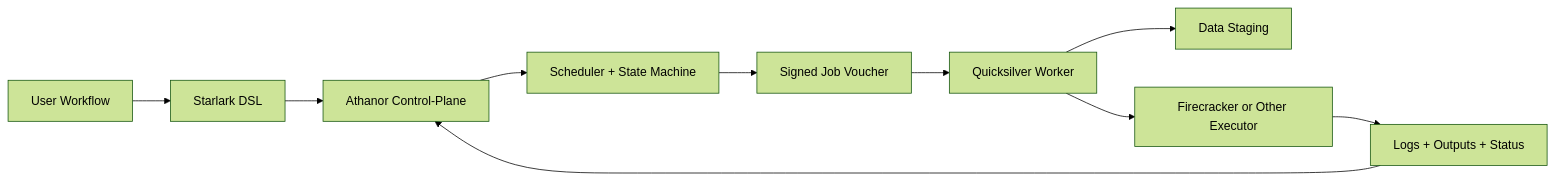
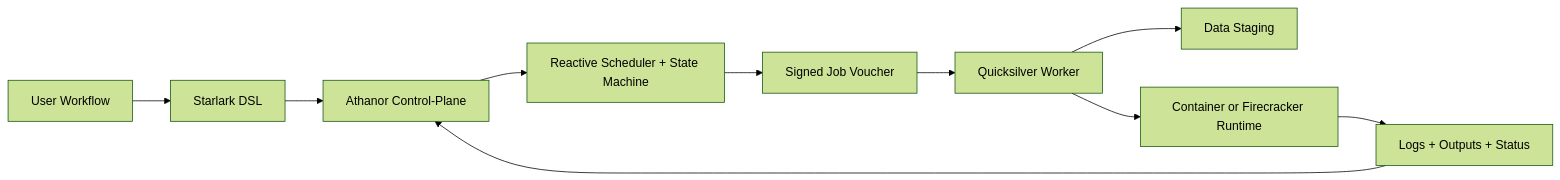
One commit to john-eevee/azoth changed the diagram in README.md. Above: the diagram before and after it, drawn with Mermaid (forest theme). The commit also changed other lines of this file, not shown here.

````diff
--- a/README.md
+++ b/README.md
@@ -20,12 +18,12 @@
 ```mermaid
 flowchart LR
     User[User Workflow] --> DSL[Starlark DSL]
     DSL --> A[Athanor Control-Plane]
-    A --> Scheduler[Scheduler + State Machine]
+    A --> Scheduler[Reactive Scheduler + State Machine]
     Scheduler --> Voucher[Signed Job Voucher]
     Voucher --> Q[Quicksilver Worker]
     Q --> Stage[Data Staging]
-    Q --> Runtime[Firecracker or Other Executor]
+    Q --> Runtime[Container or Firecracker Runtime]
     Runtime --> Results[Logs + Outputs + Status]
     Results --> A
 ```
````
